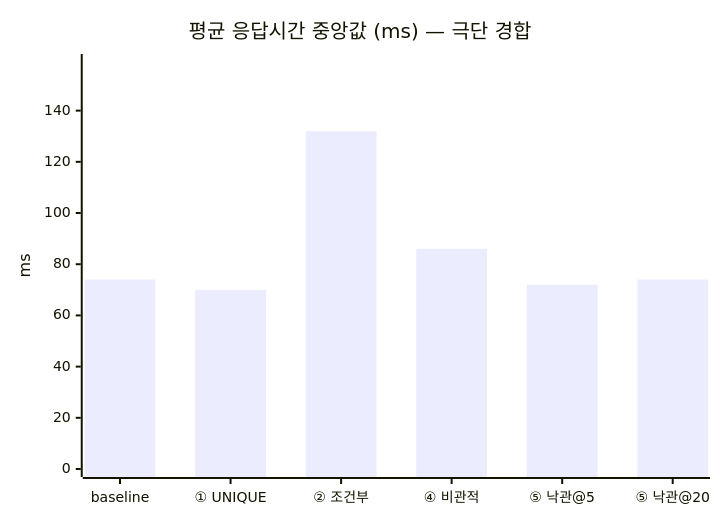
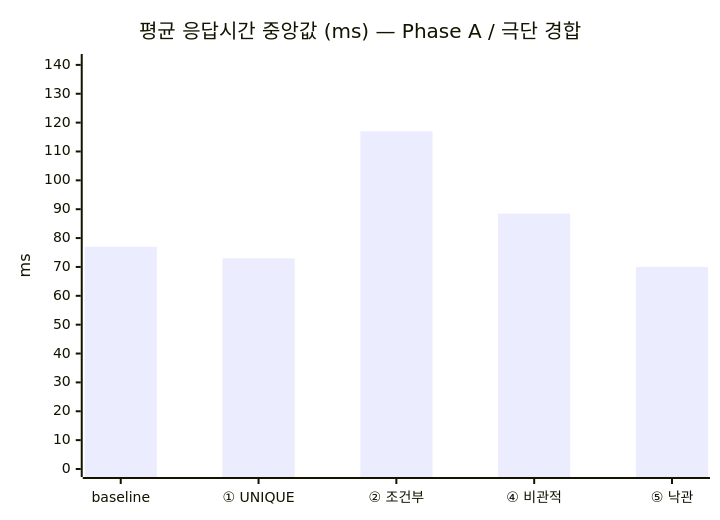
The second of 4 diagrams in docs/STEP2-DEFENSE-BENCHMARK.md (SangHyeok0908/Concurrency-Control), drawn with Mermaid before and after one commit. The commit also changed other lines of this file and 8 other files, not shown here.

````diff
--- a/docs/STEP2-DEFENSE-BENCHMARK.md
+++ b/docs/STEP2-DEFENSE-BENCHMARK.md
@@ -155,7 +153,7 @@
 ```mermaid
 xychart-beta
-    title "평균 응답시간 중앙값 (ms) — 극단 경합"
-    x-axis ["baseline", "① UNIQUE", "② 조건부", "④ 비관적", "⑤ 낙관@5", "⑤ 낙관@20"]
-    y-axis "ms" 0 --> 159
-    bar [74, 70, 132, 86, 72, 74]
+    title "평균 응답시간 중앙값 (ms) — Phase A / 극단 경합"
+    x-axis ["baseline", "① UNIQUE", "② 조건부", "④ 비관적", "⑤ 낙관"]
+    y-axis "ms" 0 --> 141
+    bar [77, 73, 117, 88.5, 70]
 ```
````
